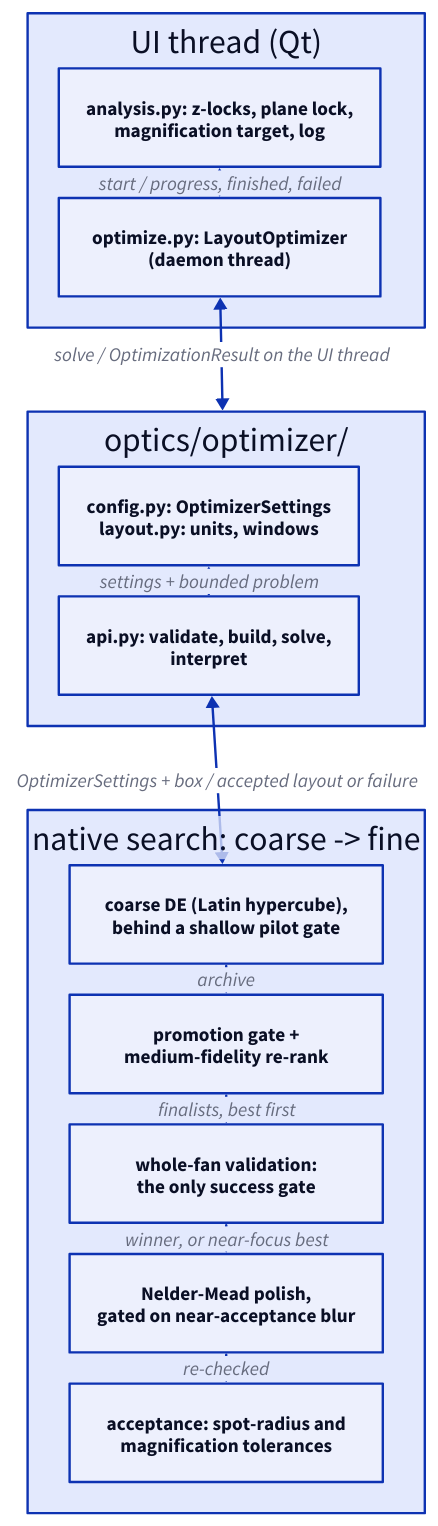
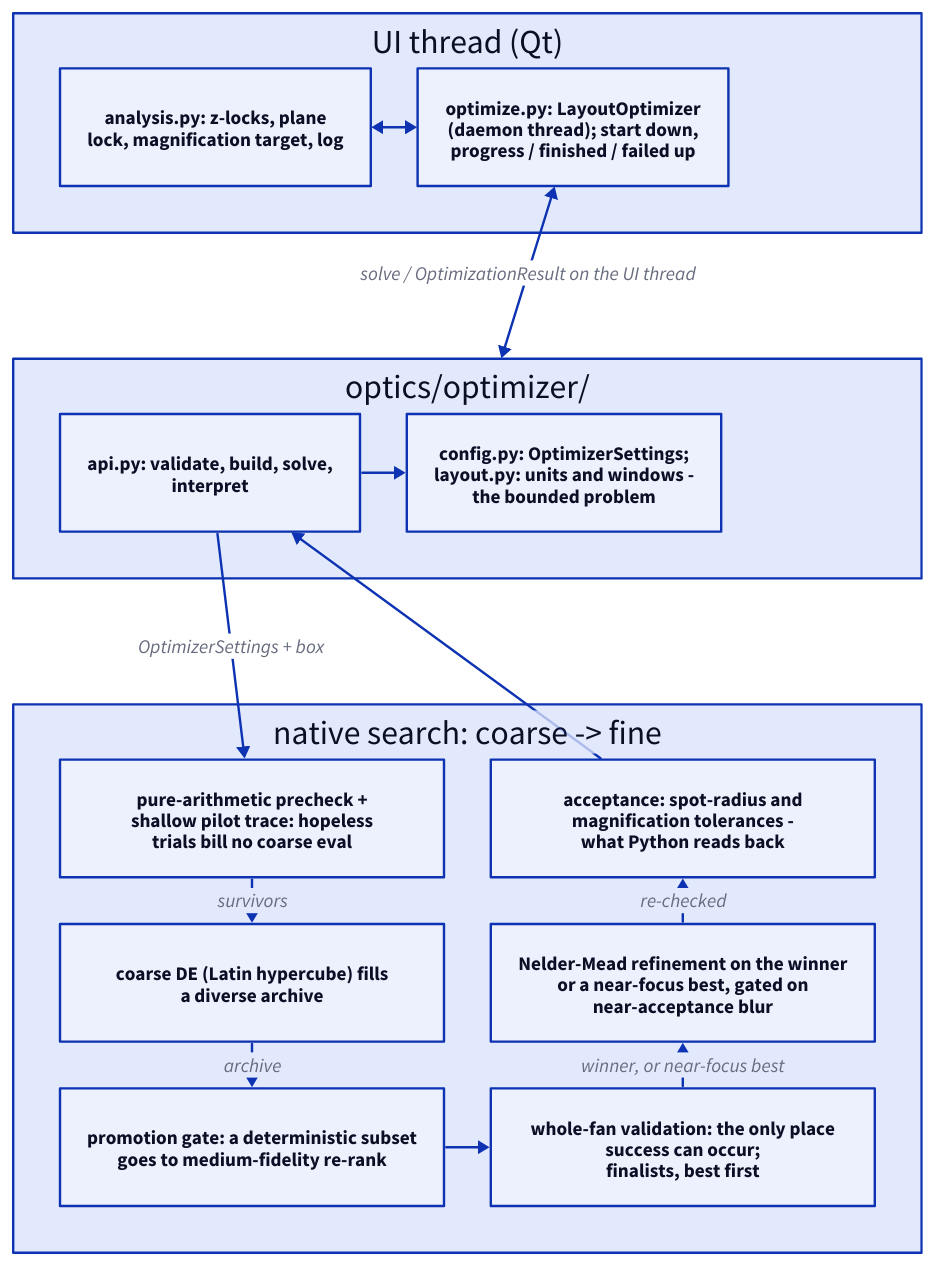
Before and after one commit to propane865/OpticsSimulator: the diagram in docs/diagrams/optimization-loop.d2, drawn with D2. The commit also changed 11 other files, not shown here.

Commit message:
docs: rescale diagrams

```diff
--- a/docs/diagrams/optimization-loop.d2
+++ b/docs/diagrams/optimization-loop.d2
@@ -1,38 +1,41 @@
 grid-rows: 3
-grid-gap: 70
+grid-gap: 105
 
 ui: "UI thread (Qt)" {
-  grid-rows: 2
-  grid-gap: 26
-  ed: "analysis.py: z-locks, plane lock,\nmagnification target, log"
-  work: "optimize.py: LayoutOptimizer\n(daemon thread)"
+  grid-columns: 2
+  grid-gap: 39
+  ed: "analysis.py: z-locks, plane\nlock, magnification target, log"
+  work: "optimize.py: LayoutOptimizer\n(daemon thread); start down,\nprogress / finished / failed up"
 
-  ed <-> work: "start  /  progress, finished, failed"
+  ed <-> work
 }
 
 py: "optics/optimizer/" {
-  grid-rows: 2
-  grid-gap: 26
-  build: "config.py: OptimizerSettings\nlayout.py: units, windows"
+  grid-columns: 2
+  grid-gap: 39
   api: "api.py: validate, build, solve,\ninterpret"
+  build: "config.py: OptimizerSettings;\nlayout.py: units and windows -\nthe bounded problem"
 
-  api -> build: "settings + bounded problem"
+  api -> build
 }
 
 nat: "native search: coarse -> fine" {
-  grid-rows: 5
-  grid-gap: 26
-  coarse: "coarse DE (Latin hypercube),\nbehind a shallow pilot gate"
-  med: "promotion gate +\nmedium-fidelity re-rank"
-  val: "whole-fan validation:\nthe only success gate"
-  polish: "Nelder-Mead polish,\ngated on near-acceptance blur"
-  acc: "acceptance: spot-radius and\nmagnification tolerances"
+  grid-columns: 2
+  grid-gap: 39
+  gate: "pure-arithmetic precheck +\nshallow pilot trace: hopeless\ntrials bill no coarse eval"
+  coarse: "coarse DE (Latin hypercube) fills\na diverse archive"
+  med: "promotion gate: a deterministic subset\ngoes to medium-fidelity re-rank"
+  acc: "acceptance: spot-radius and\nmagnification tolerances -\nwhat Python reads back"
+  polish: "Nelder-Mead refinement on the winner\nor a near-focus best, gated on\nnear-acceptance blur"
+  val: "whole-fan validation: the only place\nsuccess can occur;\nfinalists, best first"
 
-  coarse -> med: "archive"
-  med -> val: "finalists, best first"
+  gate -> coarse: survivors
+  coarse -> med: archive
+  med -> val
   val -> polish: "winner, or near-focus best"
-  polish -> acc: "re-checked"
+  polish -> acc: re-checked
 }
 
 ui.work <-> py: "solve  /  OptimizationResult on the UI thread"
-py.api <-> nat.coarse: "OptimizerSettings + box  /  accepted layout or failure"
+py.api -> nat.gate: "OptimizerSettings + box"
+nat.acc -> py.api
```
